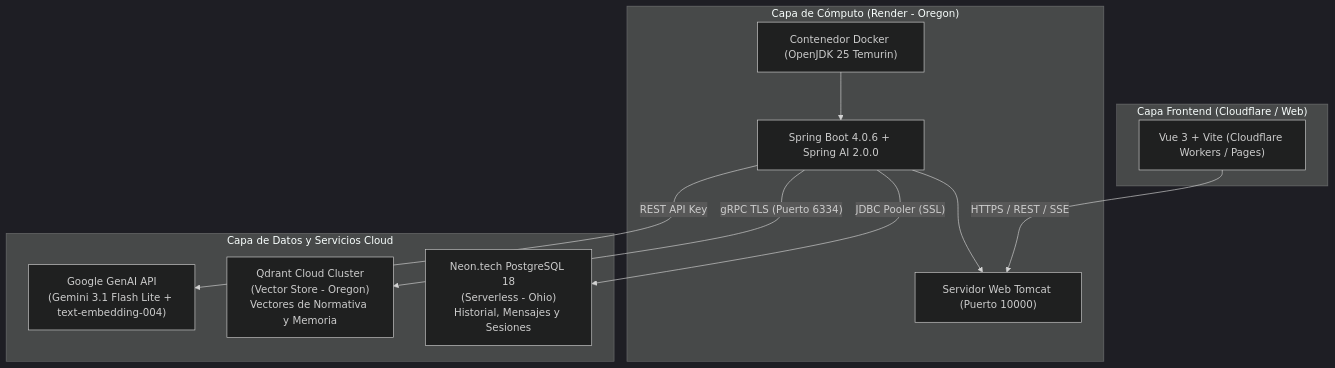
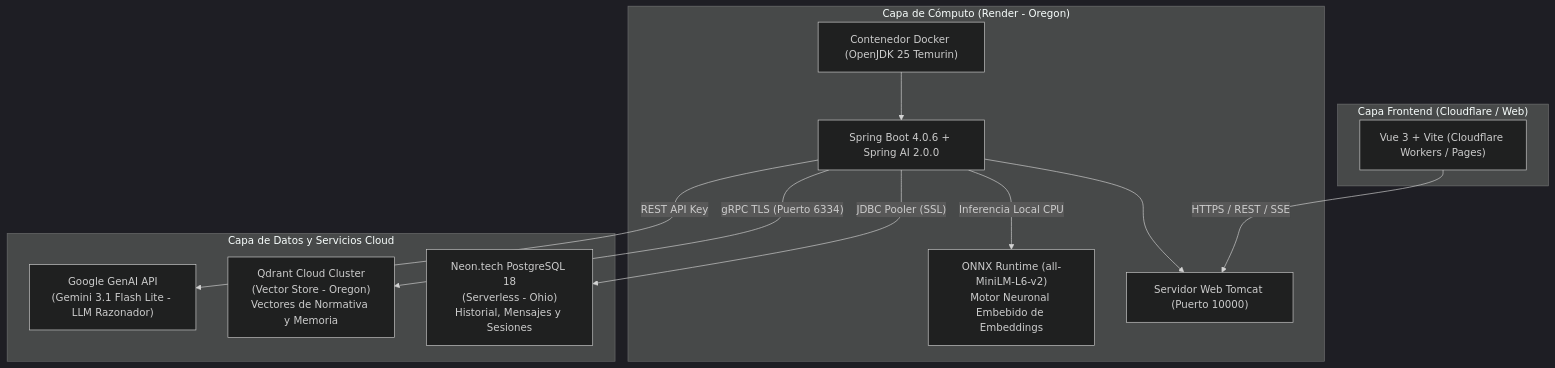
Before and after one commit to BelenPaca/tesis-simulador-transito: the diagram in INFORME_DESPLIEGUE_BACKEND_CLOUD.md, drawn with Mermaid (dark theme). The commit also changed other lines of this file and 17 other files, not shown here.

````diff
--- a/INFORME_DESPLIEGUE_BACKEND_CLOUD.md
+++ b/INFORME_DESPLIEGUE_BACKEND_CLOUD.md
@@ -13,25 +13,27 @@
 ```mermaid
 flowchart TD
     subgraph Frontend ["Capa Frontend (Cloudflare / Web)"]
         UI["Vue 3 + Vite (Cloudflare Workers / Pages)"]
     end
 
-    subgraph Render ["Capa de Cómputo (Render - Oregon)"]
+    subgraph Backend ["Capa de Cómputo (Render - Oregon)"]
         Docker["Contenedor Docker (OpenJDK 25 Temurin)"]
         Spring["Spring Boot 4.0.6 + Spring AI 2.0.0"]
         Tomcat["Servidor Web Tomcat (Puerto 10000)"]
+        ONNX["ONNX Runtime (all-MiniLM-L6-v2)\nMotor Neuronal Embebido de Embeddings"]
         Docker --> Spring
         Spring --> Tomcat
+        Spring -->|"Inferencia Local CPU"| ONNX
     end
 
     subgraph DataCloud ["Capa de Datos y Servicios Cloud"]
         Neon["Neon.tech PostgreSQL 18\n(Serverless - Ohio)\nHistorial, Mensajes y Sesiones"]
         Qdrant["Qdrant Cloud Cluster\n(Vector Store - Oregon)\nVectores de Normativa y Memoria"]
-        GoogleAI["Google GenAI API\n(Gemini 3.1 Flash Lite + text-embedding-004)"]
+        GoogleAI["Google GenAI API\n(Gemini 3.1 Flash Lite - LLM Razonador)"]
     end
 
     UI -->|"HTTPS / REST / SSE"| Tomcat
     Spring -->|"JDBC Pooler (SSL)"| Neon
     Spring -->|"gRPC TLS (Puerto 6334)"| Qdrant
     Spring -->|"REST API Key"| GoogleAI
 ```
````
